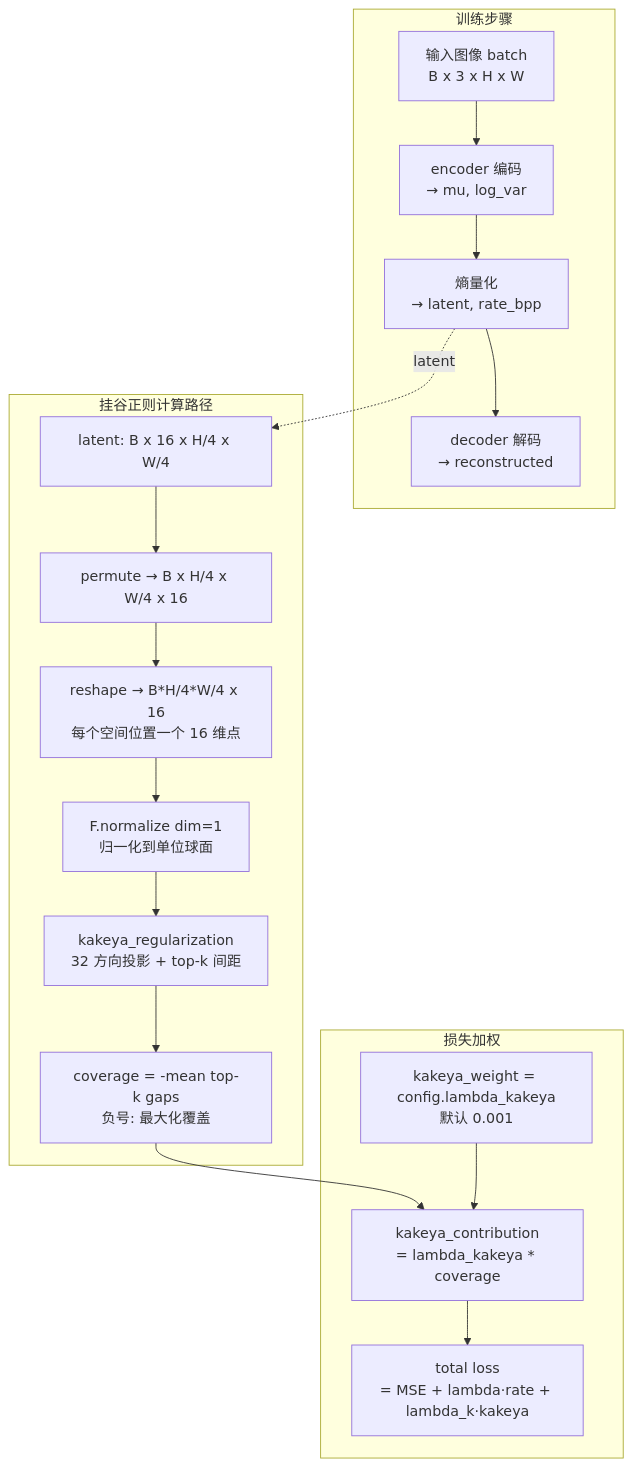
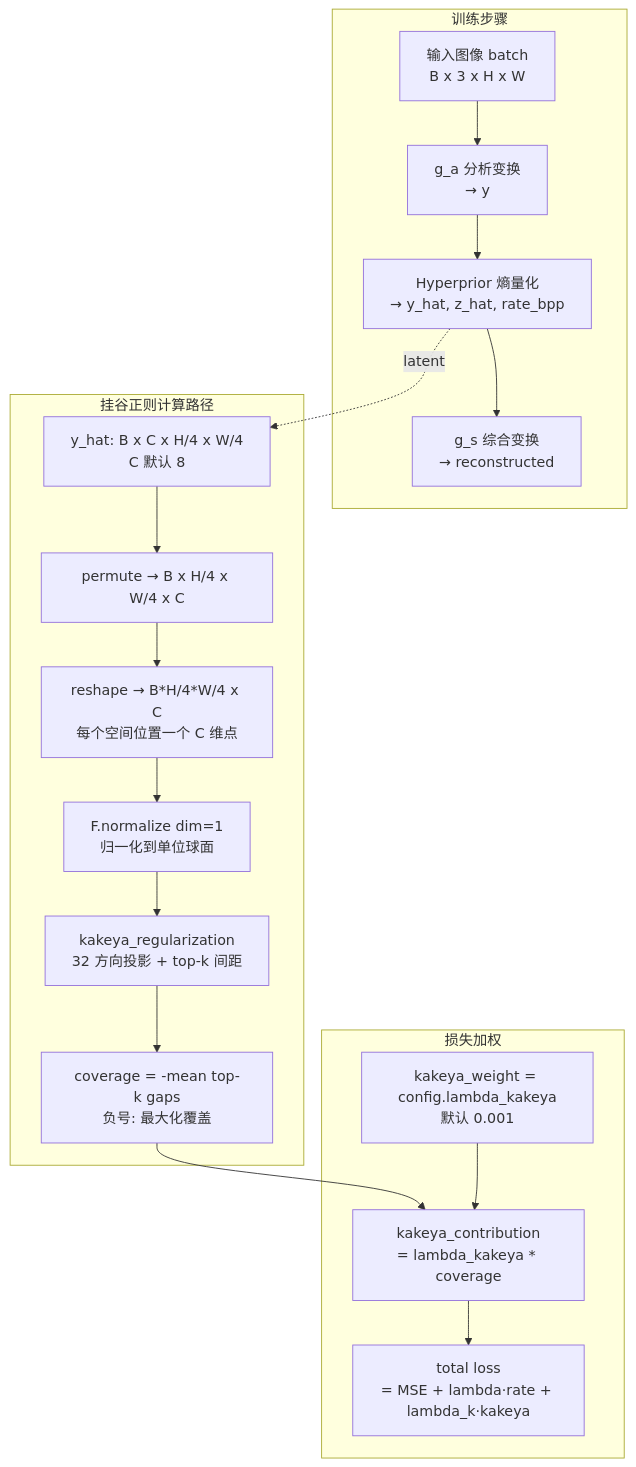
One commit to novvoo/kakeya-vae changed the third of 19 diagrams in docs/architecture.md. Above: the diagram before and after it, drawn with Mermaid. The commit also changed other lines of this file and 6 other files, not shown here.

````diff
--- a/docs/architecture.md
+++ b/docs/architecture.md
@@ -102,40 +102,40 @@
 ```mermaid
 graph TD
     subgraph 训练步骤
         IMG[输入图像 batch<br/>B x 3 x H x W]
-        ENC[encoder 编码<br/>→ mu, log_var]
-        QUANT[熵量化<br/>→ latent, rate_bpp]
-        DEC[decoder 解码<br/>→ reconstructed]
+        ENC[g_a 分析变换<br/>→ y]
+        QUANT[Hyperprior 熵量化<br/>→ y_hat, z_hat, rate_bpp]
+        DEC[g_s 综合变换<br/>→ reconstructed]
 
         IMG --> ENC
         ENC --> QUANT
         QUANT --> DEC
     end
 
     subgraph 挂谷正则计算路径
-        L1[latent: B x 16 x H/4 x W/4]
-        L2[permute → B x H/4 x W/4 x 16]
-        L3[reshape → B*H/4*W/4 x 16<br/>每个空间位置一个 16 维点]
+        L1[y_hat: B x C x H/4 x W/4<br/>C 默认 8]
+        L2[permute → B x H/4 x W/4 x C]
+        L3[reshape → B*H/4*W/4 x C<br/>每个空间位置一个 C 维点]
         L4[F.normalize dim=1<br/>归一化到单位球面]
         L5[kakeya_regularization<br/>32 方向投影 + top-k 间距]
         L6[coverage = -mean top-k gaps<br/>负号: 最大化覆盖]
 
         L1 --> L2
         L2 --> L3
         L3 --> L4
         L4 --> L5
         L5 --> L6
     end
 
     QUANT -.->|latent| L1
 
     subgraph 损失加权
         KW[kakeya_weight = config.lambda_kakeya<br/>默认 0.001]
         KC[kakeya_contribution<br/>= lambda_kakeya * coverage]
         TOTAL[total loss<br/>= MSE + lambda·rate + lambda_k·kakeya]
 
         L6 --> KC
         KW --> KC
         KC --> TOTAL
     end
 ```
````
